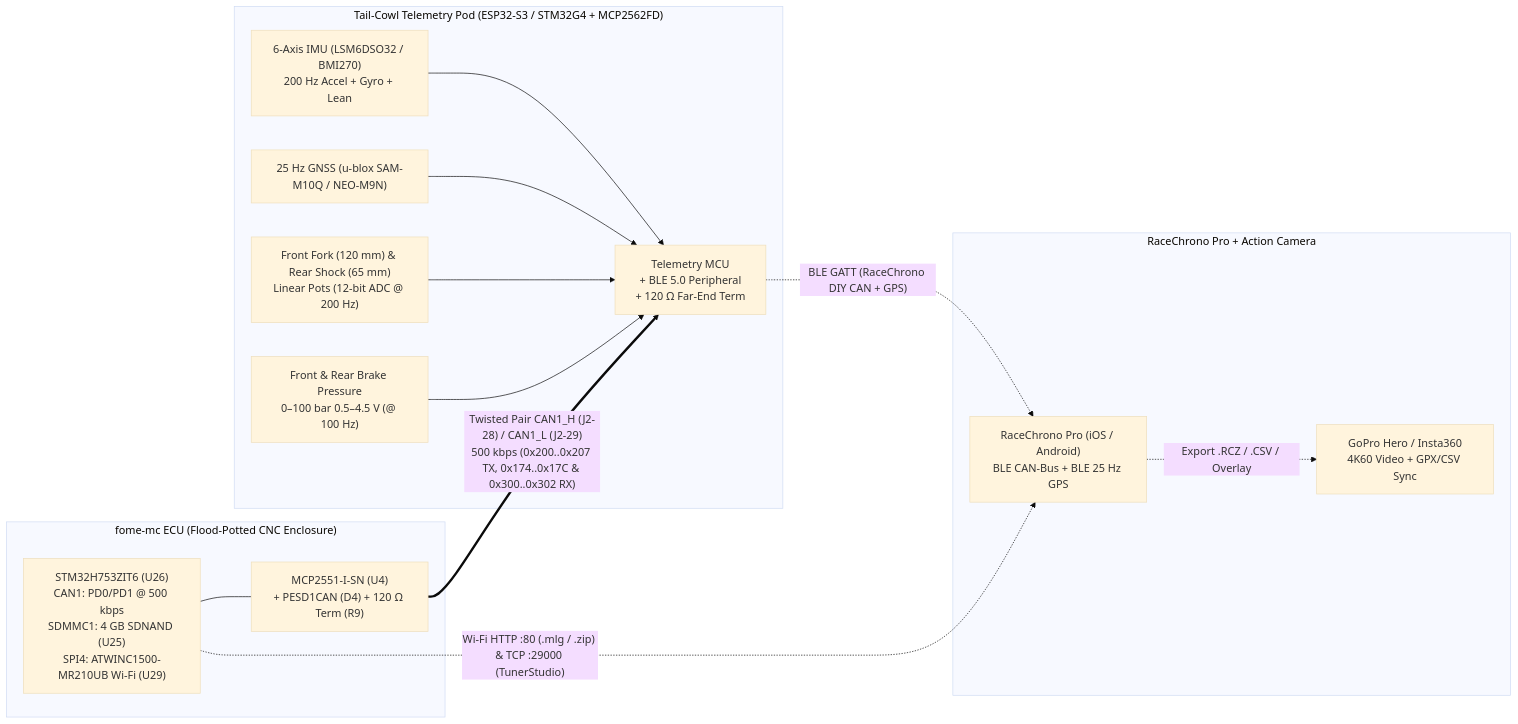
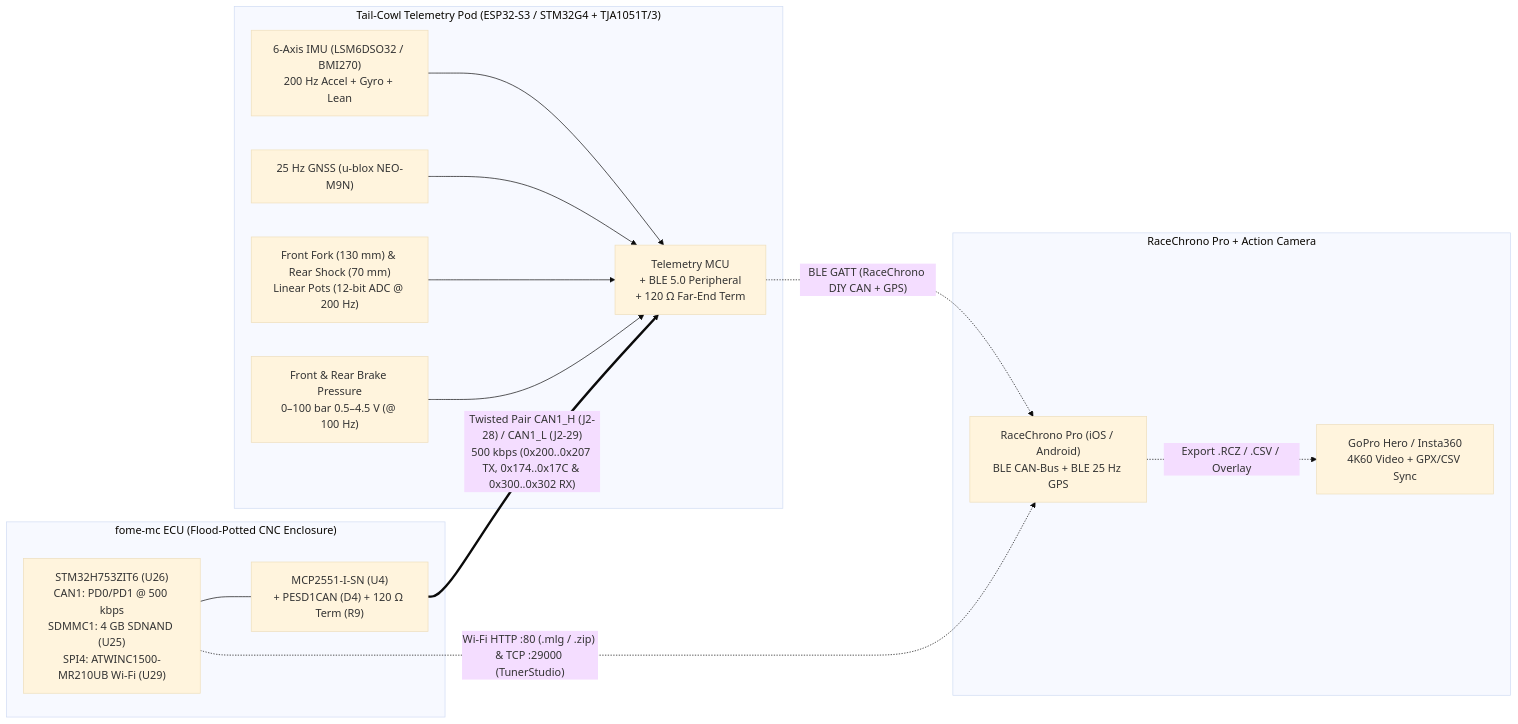
The diagram in docs/TELEMETRY_AND_RACECHRONO.md (halbritt/fome-mc), drawn with Mermaid (base theme) before and after one commit. The commit also changed other lines of this file and 2 other files, not shown here.

Commit message:
FOMEMC-31: reconcile telemetry document discrepancies and record the pod's 12 V source and 130/70 mm travel ranges

````diff
--- a/docs/TELEMETRY_AND_RACECHRONO.md
+++ b/docs/TELEMETRY_AND_RACECHRONO.md
@@ -18,30 +18,30 @@
 ```mermaid
 flowchart LR
   subgraph ECU["fome-mc ECU (Flood-Potted CNC Enclosure)"]
     H7["STM32H753ZIT6 (U26)<br/>CAN1: PD0/PD1 @ 500 kbps<br/>SDMMC1: 4 GB SDNAND (U25)<br/>SPI4: ATWINC1500-MR210UB Wi-Fi (U29)"]
     U4["MCP2551-I-SN (U4)<br/>+ PESD1CAN (D4) + 120 Ω Term (R9)"]
     H7 --- U4
   end
 
-  subgraph POD["Tail-Cowl Telemetry Pod (ESP32-S3 / STM32G4 + MCP2562FD)"]
+  subgraph POD["Tail-Cowl Telemetry Pod (ESP32-S3 / STM32G4 + TJA1051T/3)"]
     MCU["Telemetry MCU<br/>+ BLE 5.0 Peripheral<br/>+ 120 Ω Far-End Term"]
     IMU["6-Axis IMU (LSM6DSO32 / BMI270)<br/>200 Hz Accel + Gyro + Lean"]
-    GPS["25 Hz GNSS (u-blox SAM-M10Q / NEO-M9N)"]
-    SUSP["Front Fork (120 mm) & Rear Shock (65 mm)<br/>Linear Pots (12-bit ADC @ 200 Hz)"]
+    GPS["25 Hz GNSS (u-blox NEO-M9N)"]
+    SUSP["Front Fork (130 mm) & Rear Shock (70 mm)<br/>Linear Pots (12-bit ADC @ 200 Hz)"]
     BRK["Front & Rear Brake Pressure<br/>0–100 bar 0.5–4.5 V (@ 100 Hz)"]
     IMU --> MCU
     GPS --> MCU
     SUSP --> MCU
     BRK --> MCU
   end
 
   subgraph RC["RaceChrono Pro + Action Camera"]
     PHONE["RaceChrono Pro (iOS / Android)<br/>BLE CAN-Bus + BLE 25 Hz GPS"]
     CAM["GoPro Hero / Insta360<br/>4K60 Video + GPX/CSV Sync"]
     PHONE -. "Export .RCZ / .CSV / Overlay" .-> CAM
   end
 
   U4 == "Twisted Pair CAN1_H (J2-28) / CAN1_L (J2-29)<br/>500 kbps (0x200..0x207 TX, 0x174..0x17C & 0x300..0x302 RX)" ==> MCU
   MCU -. "BLE GATT (RaceChrono DIY CAN + GPS)" .-> PHONE
   H7 -. "Wi-Fi HTTP :80 (.mlg / .zip) & TCP :29000 (TunerStudio)" .-> PHONE
 ```
````
